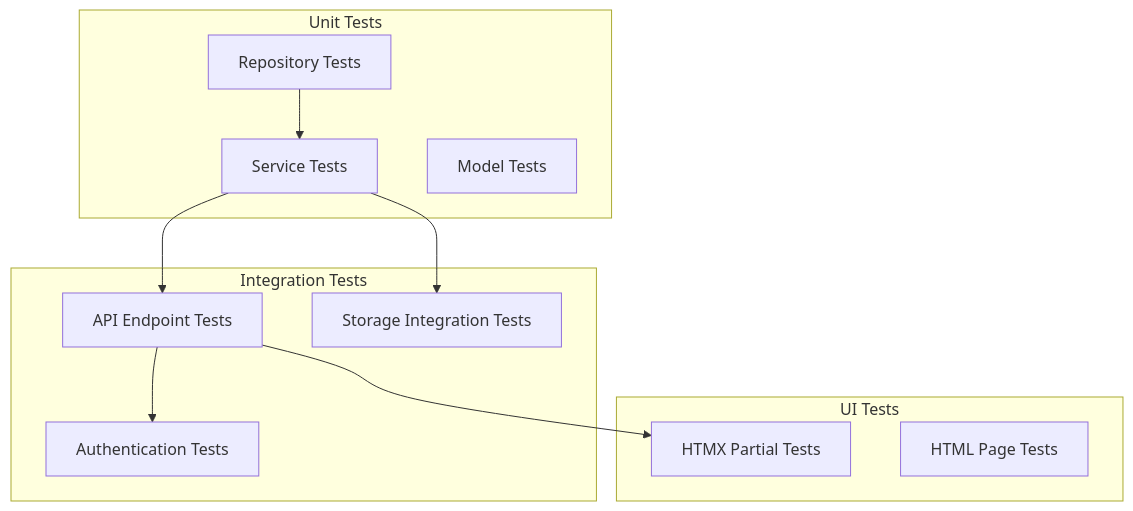
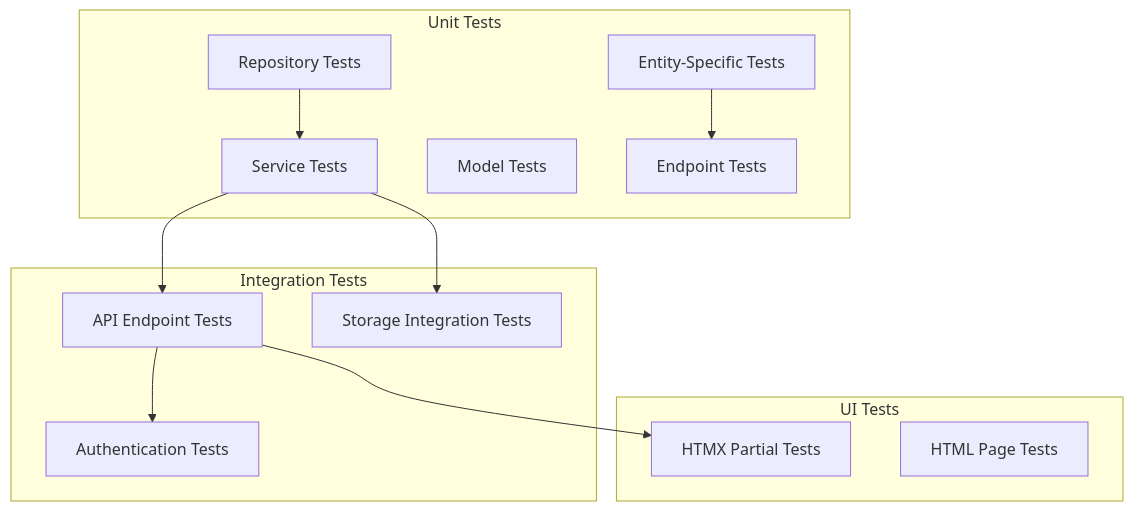
Before and after one commit to ognelis/cafetera_hr_bot: the ninth of 10 diagrams in .qoder/repowiki/en/content/VK Integration/Category File Template Management System.md, drawn with Mermaid. The commit also changed other lines of this file and 14 other files, not shown here.

````diff
--- a/.qoder/repowiki/en/content/VK Integration/Category File Template Management System.md
+++ b/.qoder/repowiki/en/content/VK Integration/Category File Template Management System.md
@@ -416,22 +489,25 @@
 ```mermaid
 graph TB
 subgraph "Unit Tests"
 REPO_TESTS[Repository Tests]
 SERVICE_TESTS[Service Tests]
 MODEL_TESTS[Model Tests]
+ENDPOINT_TESTS[Endpoint Tests]
+ENTITY_TESTS[Entity-Specific Tests]
 end
 subgraph "Integration Tests"
 API_TESTS[API Endpoint Tests]
 AUTH_TESTS[Authentication Tests]
 STORAGE_TESTS[Storage Integration Tests]
 end
 subgraph "UI Tests"
 HTMX_TESTS[HTMX Partial Tests]
 PAGE_TESTS[HTML Page Tests]
 end
 REPO_TESTS --> SERVICE_TESTS
 SERVICE_TESTS --> API_TESTS
 API_TESTS --> HTMX_TESTS
 SERVICE_TESTS --> STORAGE_TESTS
 API_TESTS --> AUTH_TESTS
+ENTITY_TESTS --> ENDPOINT_TESTS
 ```
````
